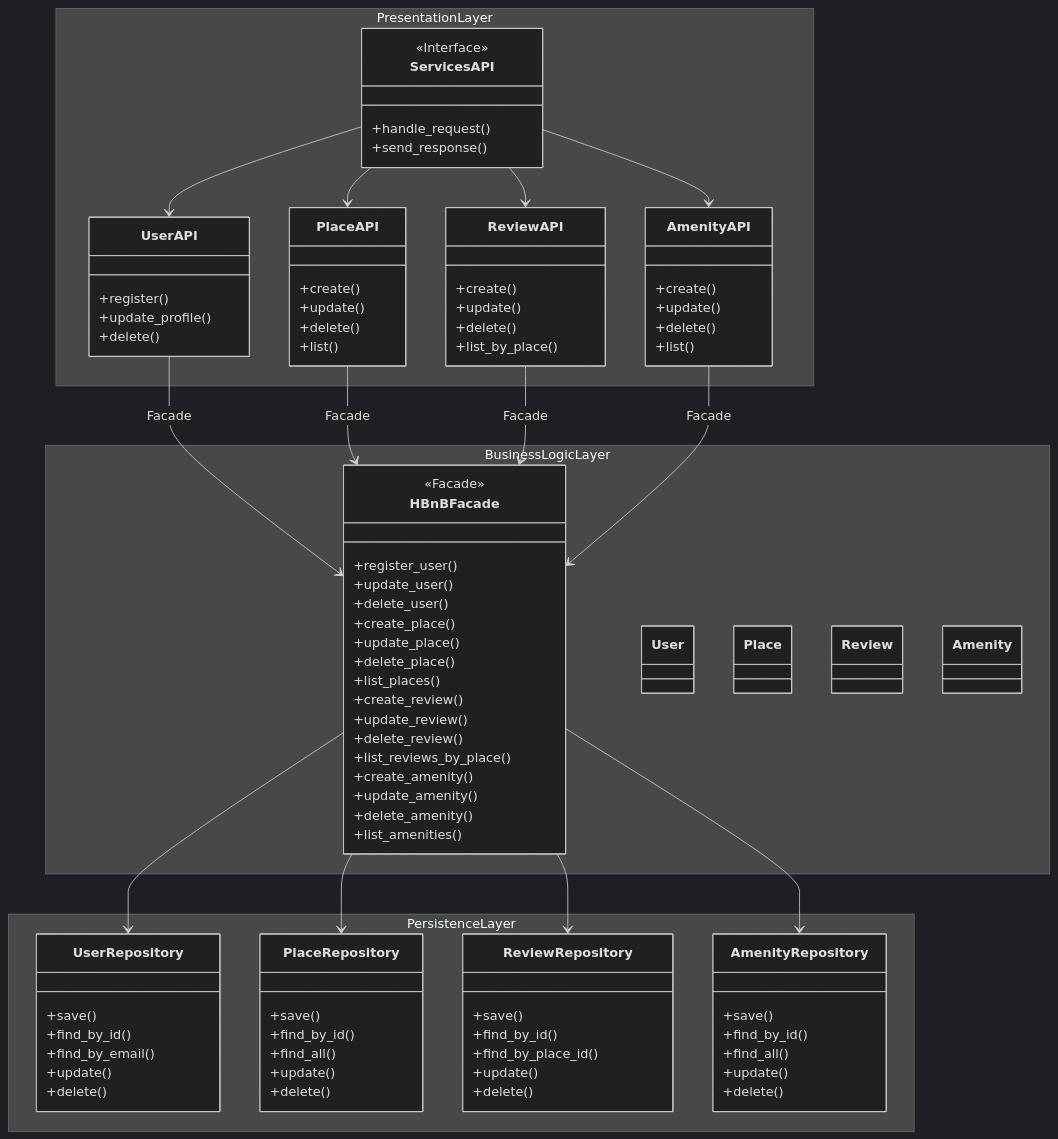
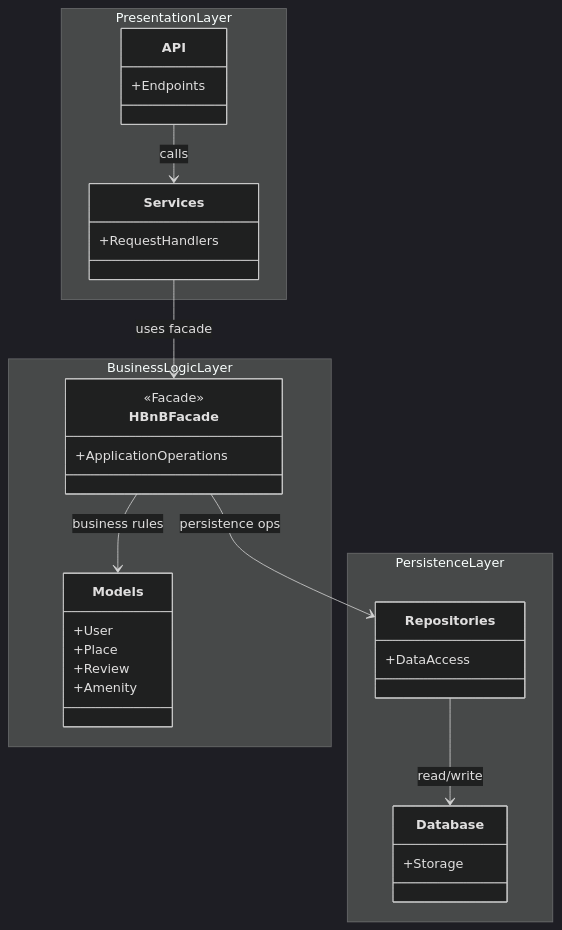
One commit to Nouf2027/holbertonschool-hbnb changed the diagram in part1/README.md. Above: the diagram before and after it, drawn with Mermaid (dark theme). The commit also changed other lines of this file, not shown here.

Commit message:
Task 0: high-level package diagram

````diff
--- a/part1/README.md
+++ b/part1/README.md
@@ -10,115 +7,39 @@
 direction TB
 
 namespace PresentationLayer {
-  class ServicesAPI {
-    <<Interface>>
-    +handle_request()
-    +send_response()
+  class API {
+    +Endpoints
   }
-
-  class UserAPI {
-    +register()
-    +update_profile()
-    +delete()
-  }
-
-  class PlaceAPI {
-    +create()
-    +update()
-    +delete()
-    +list()
-  }
-
-  class ReviewAPI {
-    +create()
-    +update()
-    +delete()
-    +list_by_place()
-  }
-
-  class AmenityAPI {
-    +create()
-    +update()
-    +delete()
-    +list()
+  class Services {
+    +RequestHandlers
   }
 }
 
 namespace BusinessLogicLayer {
   class HBnBFacade {
     <<Facade>>
-    +register_user()
-    +update_user()
-    +delete_user()
-
-    +create_place()
-    +update_place()
-    +delete_place()
-    +list_places()
-
-    +create_review()
-    +update_review()
-    +delete_review()
-    +list_reviews_by_place()
-
-    +create_amenity()
-    +update_amenity()
-    +delete_amenity()
-    +list_amenities()
+    +ApplicationOperations
   }
-
-  class User
-  class Place
-  class Review
-  class Amenity
+  class Models {
+    +User
+    +Place
+    +Review
+    +Amenity
+  }
 }
 
 namespace PersistenceLayer {
-  class UserRepository {
-    +save()
-    +find_by_id()
-    +find_by_email()
-    +update()
-    +delete()
+  class Repositories {
+    +DataAccess
   }
-
-  class PlaceRepository {
-    +save()
-    +find_by_id()
-    +find_all()
-    +update()
-    +delete()
-  }
-
-  class ReviewRepository {
-    +save()
-    +find_by_id()
-    +find_by_place_id()
-    +update()
-    +delete()
-  }
-
-  class AmenityRepository {
-    +save()
-    +find_by_id()
-    +find_all()
-    +update()
-    +delete()
+  class Database {
+    +Storage
   }
 }
 
-ServicesAPI --> UserAPI
-ServicesAPI --> PlaceAPI
-ServicesAPI --> ReviewAPI
-ServicesAPI --> AmenityAPI
-
-UserAPI --> HBnBFacade : Facade
-PlaceAPI --> HBnBFacade : Facade
-ReviewAPI --> HBnBFacade : Facade
-AmenityAPI --> HBnBFacade : Facade
-
-HBnBFacade --> UserRepository
-HBnBFacade --> PlaceRepository
-HBnBFacade --> ReviewRepository
-HBnBFacade --> AmenityRepository
+API --> Services : calls
+Services --> HBnBFacade : uses facade
+HBnBFacade --> Models : business rules
+HBnBFacade --> Repositories : persistence ops
+Repositories --> Database : read/write
 ```
````
